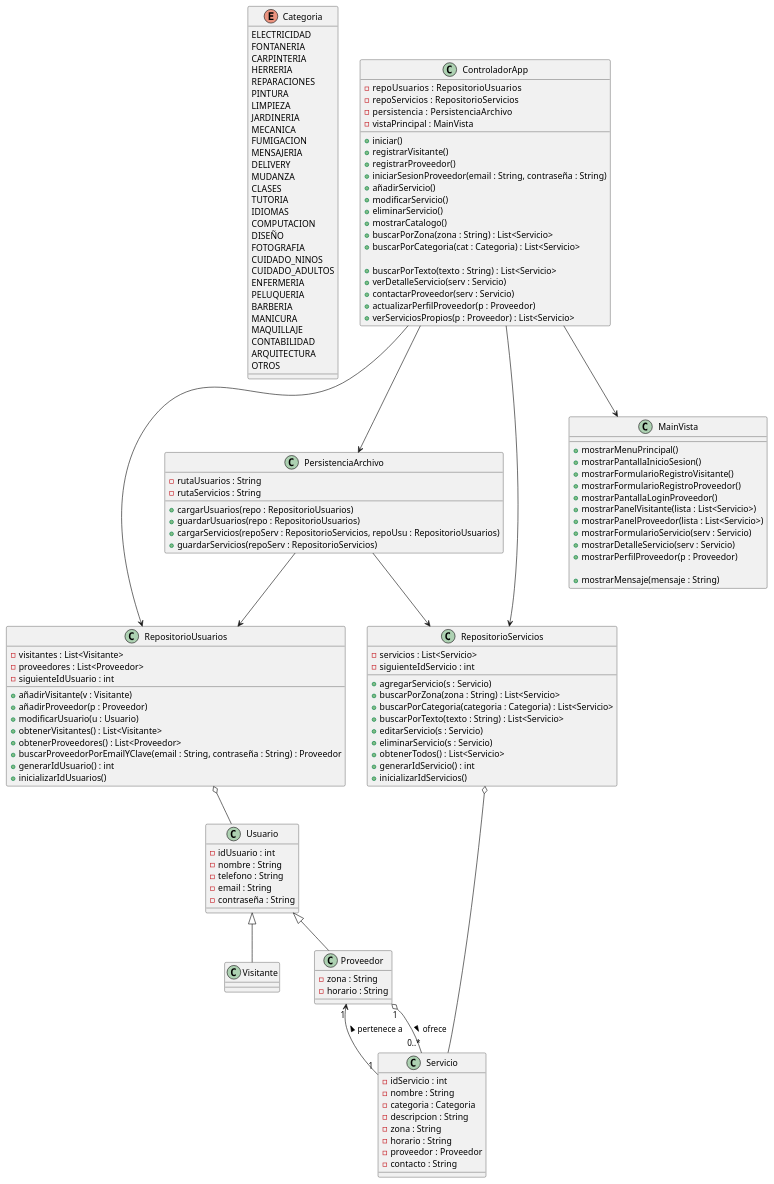
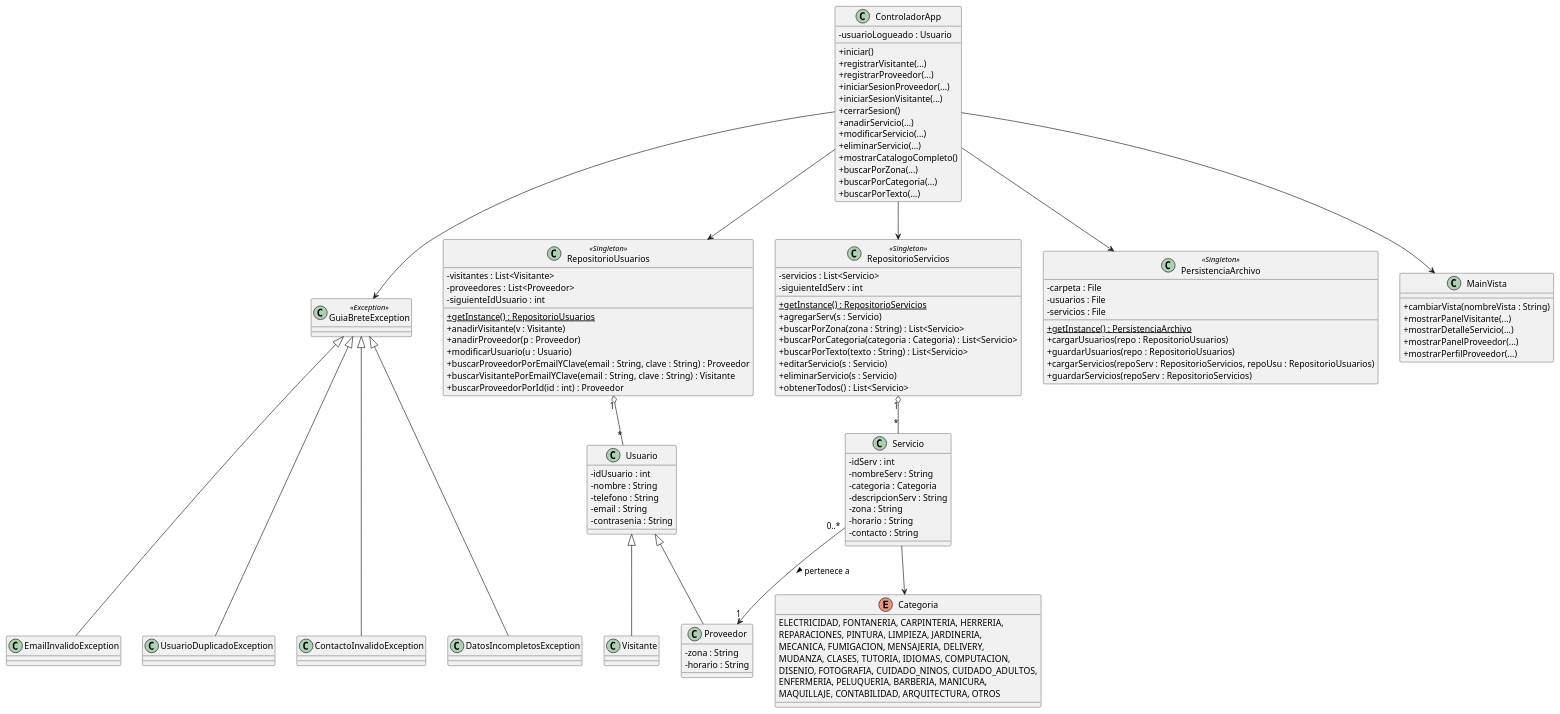
Before and after one commit to JorjaniEsp/proyecto: the diagram in DiagramaUML.puml, drawn with PlantUML. The commit also changed 5 other files, not shown here.

Commit message:
diagramas listos

```diff
--- a/DiagramaUML.puml
+++ b/DiagramaUML.puml
@@ -1,181 +1,151 @@
 @startuml
+skinparam classAttributeIconSize 0
+
+' ===========================
+'       EXCEPCIONES
+' ===========================
+class GuiaBreteException <<Exception>>
+class ContactoInvalidoException
+class DatosIncompletosException
+class EmailInvalidoException
+class UsuarioDuplicadoException
+
+GuiaBreteException <|--- ContactoInvalidoException
+GuiaBreteException <|--- DatosIncompletosException
+GuiaBreteException <|--- EmailInvalidoException
+GuiaBreteException <|--- UsuarioDuplicadoException
 
 ' ===========================
 '       ENUM
 ' ===========================
 enum Categoria {
-  ELECTRICIDAD
-  FONTANERIA
-  CARPINTERIA
-  HERRERIA
-  REPARACIONES
-  PINTURA
-  LIMPIEZA
-  JARDINERIA
-  MECANICA
-  FUMIGACION
-  MENSAJERIA
-  DELIVERY
-  MUDANZA
-  CLASES
-  TUTORIA
-  IDIOMAS
-  COMPUTACION
-  DISEÑO
-  FOTOGRAFIA
-  CUIDADO_NINOS
-  CUIDADO_ADULTOS
-  ENFERMERIA
-  PELUQUERIA
-  BARBERIA
-  MANICURA
-  MAQUILLAJE
-  CONTABILIDAD
-  ARQUITECTURA
-  OTROS
+  ELECTRICIDAD, FONTANERIA, CARPINTERIA, HERRERIA,
+  REPARACIONES, PINTURA, LIMPIEZA, JARDINERIA,
+  MECANICA, FUMIGACION, MENSAJERIA, DELIVERY,
+  MUDANZA, CLASES, TUTORIA, IDIOMAS, COMPUTACION,
+  DISENIO, FOTOGRAFIA, CUIDADO_NINOS, CUIDADO_ADULTOS,
+  ENFERMERIA, PELUQUERIA, BARBERIA, MANICURA,
+  MAQUILLAJE, CONTABILIDAD, ARQUITECTURA, OTROS
 }
 
 ' ===========================
 '       CLASES DEL MODELO
 ' ===========================
 class Usuario {
   - idUsuario : int
   - nombre : String
   - telefono : String
   - email : String
-  - contraseña : String
+  - contrasenia : String
 }
 
 class Proveedor {
   - zona : String
   - horario : String
 }
 
 class Visitante {
 }
 
 class Servicio {
-  - idServicio : int
-  - nombre : String
+  - idServ : int
+  - nombreServ : String
   - categoria : Categoria
-  - descripcion : String
+  - descripcionServ : String
   - zona : String
   - horario : String
-  - proveedor : Proveedor
   - contacto : String
 }
 
 ' ===========================
-'     REPOSITORIOS
+'     REPOSITORIOS (SINGLETON)
 ' ===========================
-class RepositorioUsuarios {
+class RepositorioUsuarios <<Singleton>> {
   - visitantes : List<Visitante>
   - proveedores : List<Proveedor>
   - siguienteIdUsuario : int
-  + añadirVisitante(v : Visitante)
-  + añadirProveedor(p : Proveedor)
+  + {static} getInstance() : RepositorioUsuarios
+  + anadirVisitante(v : Visitante)
+  + anadirProveedor(p : Proveedor)
   + modificarUsuario(u : Usuario)
-  + obtenerVisitantes() : List<Visitante>
-  + obtenerProveedores() : List<Proveedor>
-  + buscarProveedorPorEmailYClave(email : String, contraseña : String) : Proveedor
-  ' --- Gestión de IDs ---
-  + generarIdUsuario() : int
-  + inicializarIdUsuarios()
+  + buscarProveedorPorEmailYClave(email : String, clave : String) : Proveedor
+  + buscarVisitantePorEmailYClave(email : String, clave : String) : Visitante
+  + buscarProveedorPorId(id : int) : Proveedor
 }
 
-class RepositorioServicios {
+class RepositorioServicios <<Singleton>> {
   - servicios : List<Servicio>
-  - siguienteIdServicio : int
-  + agregarServicio(s : Servicio)
+  - siguienteIdServ : int
+  + {static} getInstance() : RepositorioServicios
+  + agregarServ(s : Servicio)
   + buscarPorZona(zona : String) : List<Servicio>
   + buscarPorCategoria(categoria : Categoria) : List<Servicio>
-  ' --- Búsqueda por texto (barra de búsqueda) ---
   + buscarPorTexto(texto : String) : List<Servicio>
   + editarServicio(s : Servicio)
   + eliminarServicio(s : Servicio)
   + obtenerTodos() : List<Servicio>
-  ' --- Gestión de IDs ---
-  + generarIdServicio() : int
-  + inicializarIdServicios()
 }
 
 ' ===========================
-'   PERSISTENCIA (AUXILIAR)
+'   PERSISTENCIA (SINGLETON)
 ' ===========================
-class PersistenciaArchivo {
-  - rutaUsuarios : String
-  - rutaServicios : String
+class PersistenciaArchivo <<Singleton>> {
+  - carpeta : File
+  - usuarios : File
+  - servicios : File
+  + {static} getInstance() : PersistenciaArchivo
   + cargarUsuarios(repo : RepositorioUsuarios)
   + guardarUsuarios(repo : RepositorioUsuarios)
-  ' en TXT se guarda idProveedor; aquí se reconstruye Servicio->Proveedor al cargar
   + cargarServicios(repoServ : RepositorioServicios, repoUsu : RepositorioUsuarios)
   + guardarServicios(repoServ : RepositorioServicios)
 }
 
 ' ===========================
 '       CONTROLADOR
 ' ===========================
 class ControladorApp {
-  - repoUsuarios   : RepositorioUsuarios
-  - repoServicios  : RepositorioServicios
-  - persistencia   : PersistenciaArchivo
-  - vistaPrincipal : MainVista
+  - usuarioLogueado : Usuario
   + iniciar()
-  ' --- Registro separado (según vistas) ---
-  + registrarVisitante()
-  + registrarProveedor()
-  + iniciarSesionProveedor(email : String, contraseña : String)
-  + añadirServicio()
-  + modificarServicio()
-  + eliminarServicio()
-  + mostrarCatalogo()
-  + buscarPorZona(zona : String) : List<Servicio>
-  + buscarPorCategoria(cat : Categoria) : List<Servicio>
-
-  ' --- Búsqueda por texto (barra) ---
-  + buscarPorTexto(texto : String) : List<Servicio>
-  + verDetalleServicio(serv : Servicio)
-  + contactarProveedor(serv : Servicio)
-  + actualizarPerfilProveedor(p : Proveedor)
-  + verServiciosPropios(p : Proveedor) : List<Servicio>
+  + registrarVisitante(...)
+  + registrarProveedor(...)
+  + iniciarSesionProveedor(...)
+  + iniciarSesionVisitante(...)
+  + cerrarSesion()
+  + anadirServicio(...)
+  + modificarServicio(...)
+  + eliminarServicio(...)
+  + mostrarCatalogoCompleto()
+  + buscarPorZona(...)
+  + buscarPorCategoria(...)
+  + buscarPorTexto(...)
 }
 
 ' ===========================
-'        VISTA
+'        VISTAS PRINCIPALES
 ' ===========================
 class MainVista {
-  + mostrarMenuPrincipal()
-  + mostrarPantallaInicioSesion()
-  + mostrarFormularioRegistroVisitante()
-  + mostrarFormularioRegistroProveedor()
-  + mostrarPantallaLoginProveedor()
-  + mostrarPanelVisitante(lista : List<Servicio>)
-  + mostrarPanelProveedor(lista : List<Servicio>)
-  + mostrarFormularioServicio(serv : Servicio)
-  + mostrarDetalleServicio(serv : Servicio)
-  + mostrarPerfilProveedor(p : Proveedor)
-
-  + mostrarMensaje(mensaje : String)
+  + cambiarVista(nombreVista : String)
+  + mostrarPanelVisitante(...)
+  + mostrarDetalleServicio(...)
+  + mostrarPanelProveedor(...)
+  + mostrarPerfilProveedor(...)
 }
-
 ' ===========================
-'     RELACIONES (MODELO)
+'     RELACIONES
 ' ===========================
 Usuario <|-- Proveedor
 Usuario <|-- Visitante
 
-Proveedor "1" o-- "0..*" Servicio : ofrece >
-Servicio "1" --> "1" Proveedor : pertenece a >
+Servicio "0..*" --> "1" Proveedor : pertenece a >
+Servicio --> Categoria
 
-RepositorioUsuarios o-- Usuario
-RepositorioServicios o-- Servicio
+RepositorioUsuarios "1" o-- "*" Usuario
+RepositorioServicios "1" o-- "*" Servicio
 
 ControladorApp --> RepositorioUsuarios
 ControladorApp --> RepositorioServicios
 ControladorApp --> PersistenciaArchivo
 ControladorApp --> MainVista
-
-PersistenciaArchivo --> RepositorioUsuarios
-PersistenciaArchivo --> RepositorioServicios
+ControladorApp --> GuiaBreteException
 
 @enduml
```
